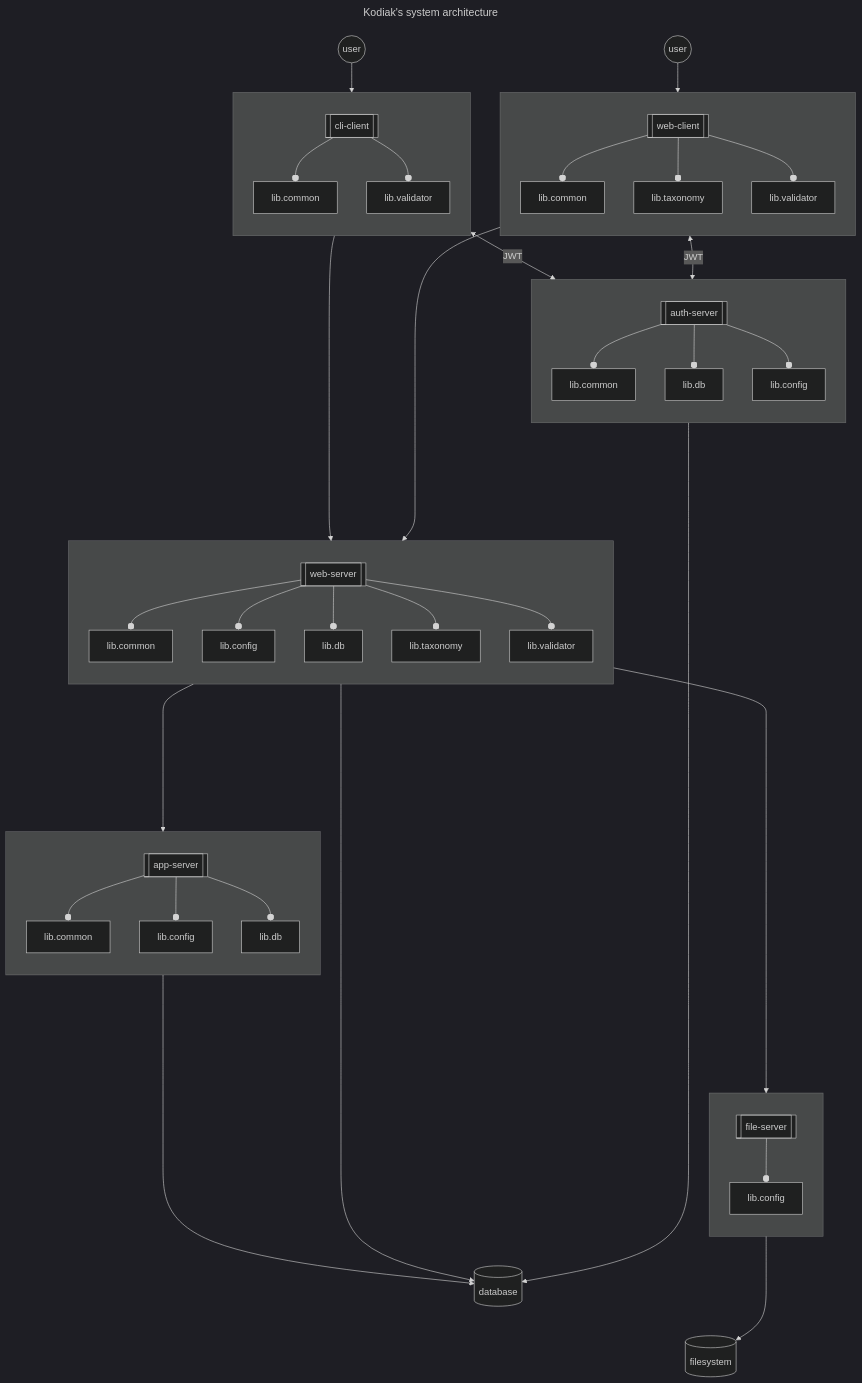
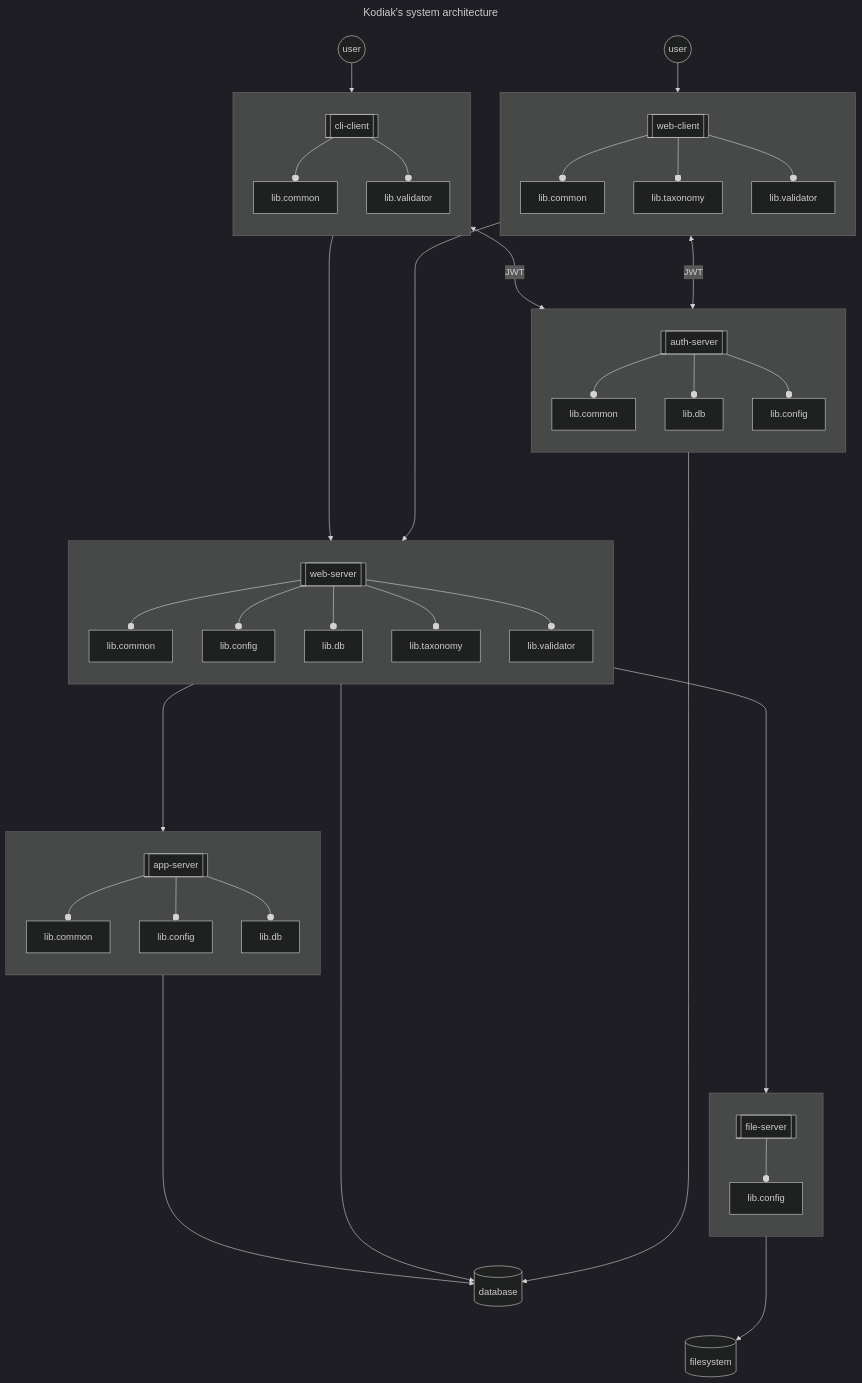
Before and after one commit to polarlabs/kodiak-diagrams: the diagram in SYSTEM-ARCHITECTURE.md, drawn with Mermaid (dark theme).

Commit message:
fix: position of auth-server.

````diff
--- a/SYSTEM-ARCHITECTURE.md
+++ b/SYSTEM-ARCHITECTURE.md
@@ -5,54 +5,54 @@
 ```mermaid
 ---
 title: Kodiak's system architecture
 ---
 flowchart TB
   subgraph user-web[ ]
     direction TB  
     web-client[[web-client]] --o web-client.lib.common[lib.common]
     web-client               --o web-client.lib.taxonomy[lib.taxonomy]
     web-client               --o web-client.lib.validator[lib.validator]
   end
   subgraph user-cli[ ]
     direction TB
     cli-client[[cli-client]] --o cli-client.lib.common[lib.common]
     cli-client               --o cli-client.lib.validator[lib.validator]
   end
   subgraph auth-server[ ]
     direction TB
     auth-server.api[[auth-server]] --o auth-server.lib.common[lib.common]
     auth-server.api                --o auth-server.lib.db[lib.db]
     auth-server.api                --o auth-server.lib.config[lib.config]
   end
   subgraph file-server[ ]
     direction TB
     file-server.api[[file-server]] --o file-server.lib.config[lib.config]
   end
   subgraph web-server[ ]
     direction TB
     web-server.api[[web-server]] --o web-server.lib.common[lib.common]
     web-server.api               --o web-server.lib.config[lib.config]
     web-server.api               --o web-server.lib.db[lib.db]
     web-server.api               --o web-server.lib.taxonomy[lib.taxonomy]
     web-server.api               --o web-server.lib.validator[lib.validator]
   end
   subgraph app-server[ ]
     direction TB
     app-server.api[[app-server]] --o app-server.lib.common[lib.common]
     app-server.api               --o app-server.lib.config[lib.config]
     app-server.api               --o app-server.lib.db[lib.db]
   end
-  web-user((user)) -->          web-client
-  web-client       <-- JWT -->  auth-server.api
-  web-client       ------>      web-server.api
-  cli-user((user)) -->          cli-client
-  cli-client       <-- JWT -->  auth-server.api
-  cli-client       ------> web-server.api
-  web-server.api   ------> app-server.api
-  web-server.api   ------> file-server.api
-  file-server      --->    filesystem[(filesystem)]
-  auth-server      -->     database[(database)]
-  web-server       ---->   database
-  app-server       ------> database
-  database         ~~~   filesystem
+  web-user((user)) -->           web-client
+  web-client       <-- JWT --->  auth-server.api
+  web-client       ------>       web-server.api
+  cli-user((user)) -->           cli-client
+  cli-client       <-- JWT --->  auth-server.api
+  cli-client       ------>       web-server.api
+  web-server.api   ------>       app-server.api
+  web-server.api   ------>       file-server.api
+  file-server      --->          filesystem[(filesystem)]
+  auth-server      -->           database[(database)]
+  web-server       ---->         database
+  app-server       ------>       database
+  database         ~~~           filesystem
 ```
````
